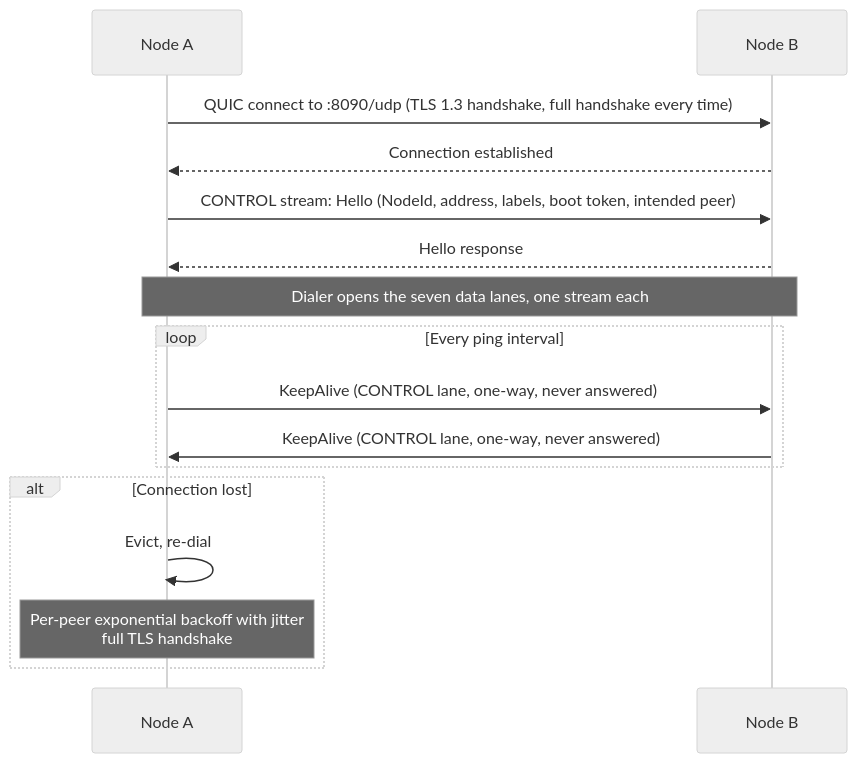
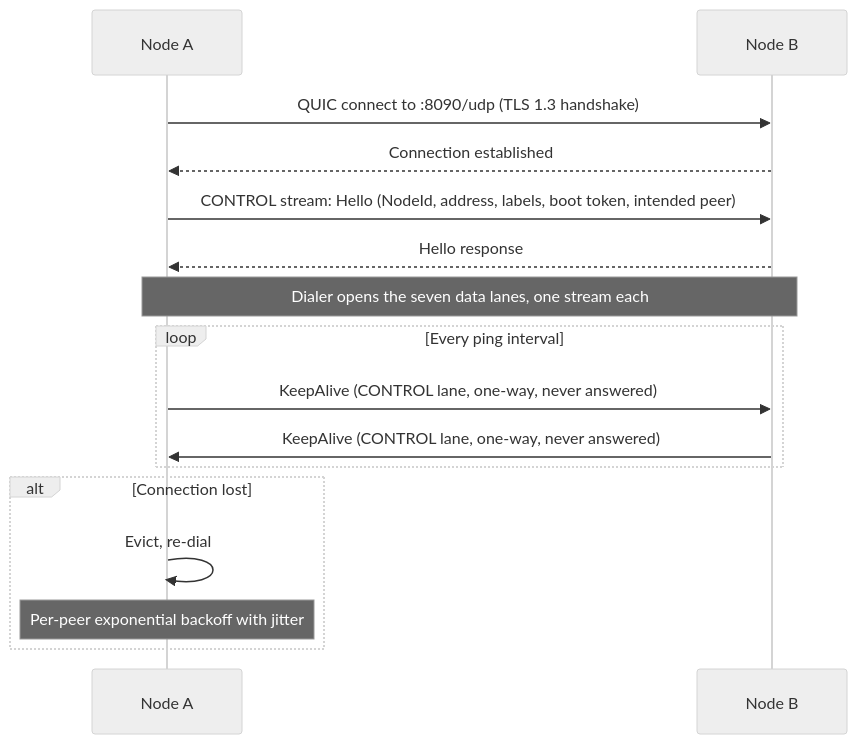
The second of 6 diagrams in aether/docs/architecture/04-networking.md (pragmaticalabs/pragmatica), drawn with Mermaid (neutral theme) before and after one commit. The commit also changed other lines of this file and 3 other files, not shown here.

Commit message:
docs: do not claim a full handshake on reconnect, only that 0-RTT is not configured

````diff
--- a/aether/docs/architecture/04-networking.md
+++ b/aether/docs/architecture/04-networking.md
@@ -51,23 +51,23 @@
 ```mermaid
 sequenceDiagram
     participant A as Node A
     participant B as Node B
 
-    A->>B: QUIC connect to :8090/udp (TLS 1.3 handshake, full handshake every time)
+    A->>B: QUIC connect to :8090/udp (TLS 1.3 handshake)
     B-->>A: Connection established
 
     A->>B: CONTROL stream: Hello (NodeId, address, labels, boot token, intended peer)
     B-->>A: Hello response
 
     Note over A,B: Dialer opens the seven data lanes, one stream each
 
     loop Every ping interval
         A->>B: KeepAlive (CONTROL lane, one-way, never answered)
         B->>A: KeepAlive (CONTROL lane, one-way, never answered)
     end
 
     alt Connection lost
         A->>A: Evict, re-dial
-        Note over A: Per-peer exponential backoff with jitter<br/>full TLS handshake
+        Note over A: Per-peer exponential backoff with jitter
     end
 ```
````
